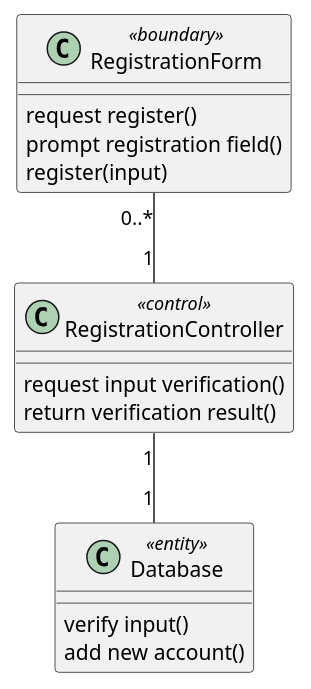
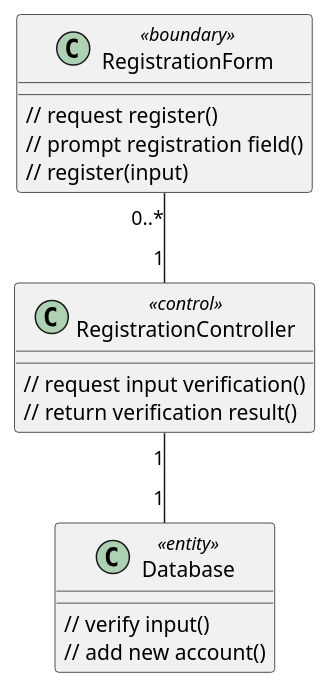
Before and after one commit to McSinyx/ipppi: the second of 4 diagrams in source/solution/use-case-analysis.rst, drawn with PlantUML. The commit also changed other lines of this file, not shown here.

Commit message:
Nitpick some UML diagrams

```diff
--- a/source/solution/use-case-analysis.rst
+++ b/source/solution/use-case-analysis.rst
@@ -47,20 +43,20 @@
 .. uml::
 
    class RegistrationForm <<boundary>> {
-      request register()
-      prompt registration field()
-      register(input)
+      // request register()
+      // prompt registration field()
+      // register(input)
    }
 
    class RegistrationController <<control>> {
-      request input verification()      
-      return verification result()
+      // request input verification()
+      // return verification result()
    }
 
    class Database <<entity>> {
-      verify input()
-      add new account()
+      // verify input()
+      // add new account()
    }
 
    RegistrationForm "0..*" -- "1" RegistrationController
    RegistrationController "1" -- "1" Database
```
